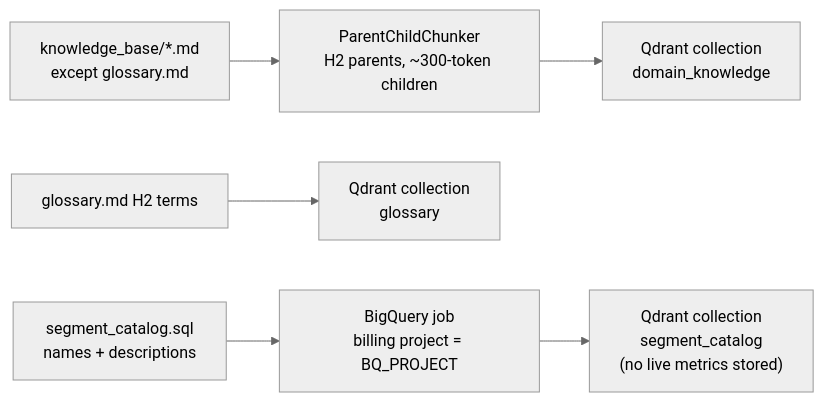
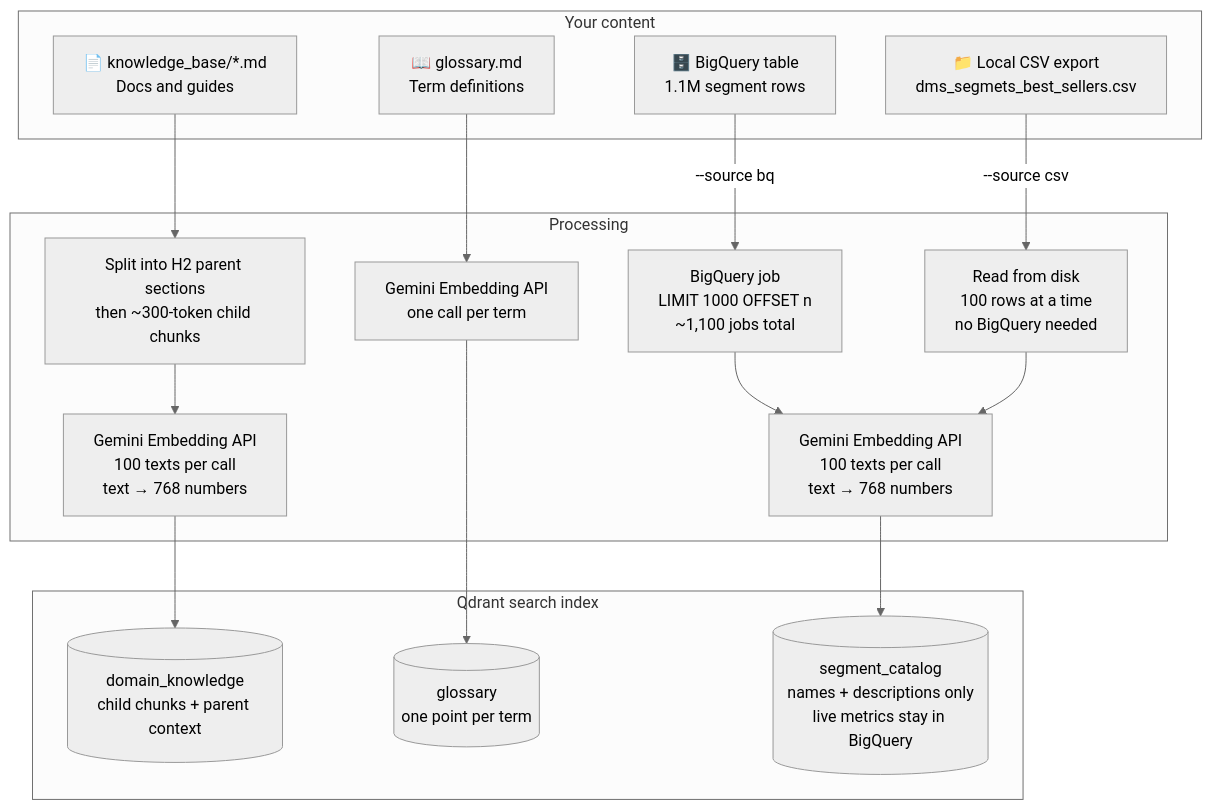
Before and after one commit to reddaboina-anil/hackathon_best_seller: the sixth of 9 diagrams in README.md, drawn with Mermaid (neutral theme). The commit also changed other lines of this file and 7 other files, not shown here.

Commit message:
adding csv source for ingestion

````diff
--- a/README.md
+++ b/README.md
@@ -61,8 +206,29 @@
 ```mermaid
-flowchart LR
-    Files["knowledge_base/*.md\nexcept glossary.md"] --> Chunk["ParentChildChunker\nH2 parents, ~300-token children"]
-    Chunk --> DK["Qdrant collection\ndomain_knowledge"]
-    Gloss["glossary.md H2 terms"] --> G["Qdrant collection\nglossary"]
-    SQL["segment_catalog.sql\nnames + descriptions"] --> BQJob["BigQuery job\nbilling project = BQ_PROJECT"]
-    BQJob --> Cat["Qdrant collection\nsegment_catalog\n(no live metrics stored)"]
+flowchart TD
+    subgraph input [" Your content "]
+        Files["📄 knowledge_base/*.md\nDocs and guides"]
+        Gloss["📖 glossary.md\nTerm definitions"]
+        BQTable["🗄️ BigQuery table\n1.1M segment rows"]
+        CSV["📁 Local CSV export\ndms_segmets_best_sellers.csv"]
+    end
+
+    subgraph process [" Processing "]
+        Chunk["Split into H2 parent sections\nthen ~300-token child chunks"]
+        EmbedDocs["Gemini Embedding API\n100 texts per call\ntext → 768 numbers"]
+        EmbedGloss["Gemini Embedding API\none call per term"]
+        BQPage["BigQuery job\nLIMIT 1000 OFFSET n\n~1,100 jobs total"]
+        CSVPage["Read from disk\n100 rows at a time\nno BigQuery needed"]
+        EmbedCat["Gemini Embedding API\n100 texts per call\ntext → 768 numbers"]
+    end
+
+    subgraph store [" Qdrant search index "]
+        DK[("domain_knowledge\nchild chunks + parent context")]
+        GL[("glossary\none point per term")]
+        SC[("segment_catalog\nnames + descriptions only\nlive metrics stay in BigQuery")]
+    end
+
+    Files --> Chunk --> EmbedDocs --> DK
+    Gloss --> EmbedGloss --> GL
+    BQTable -->|"--source bq"| BQPage --> EmbedCat --> SC
+    CSV -->|"--source csv"| CSVPage --> EmbedCat
 ```
````
